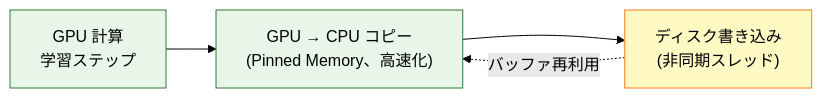
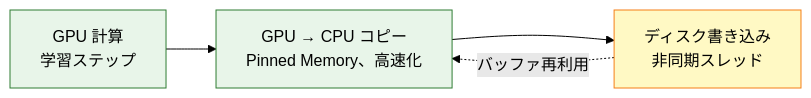
The fifth of 7 diagrams in articles/98e6a7acbac32e.md (littlemex/zenn), drawn with Mermaid (forest theme) before and after one commit. The commit also changed other lines of this file, not shown here.

````diff
--- a/articles/98e6a7acbac32e.md
+++ b/articles/98e6a7acbac32e.md
@@ -323,10 +411,10 @@
 ```mermaid
 graph LR
-    L2A["GPU 計算<br/>学習ステップ"] --> L2B["GPU → CPU コピー<br/>(Pinned Memory、高速化)"]
-    L2B --> L2C["ディスク書き込み<br/>(非同期スレッド)"]
+    L2A["GPU 計算<br/>学習ステップ"] --> L2B["GPU → CPU コピー<br/>Pinned Memory、高速化"]
+    L2B --> L2C["ディスク書き込み<br/>非同期スレッド"]
     L2C -.->|"バッファ再利用"| L2B
 
     style L2A fill: #e8f5e9,stroke: #2e7d32
     style L2B fill: #e8f5e9,stroke: #2e7d32
     style L2C fill: #fff9c4,stroke: #f57f17
 ```
````
